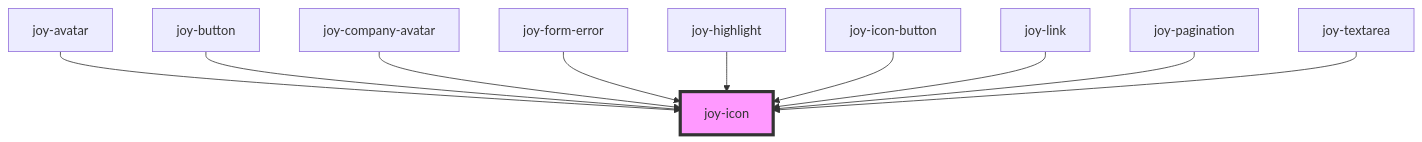
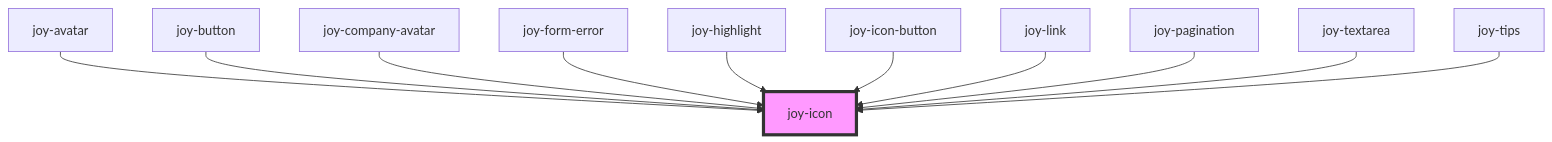
Before and after one commit to Maltcommunity/joy: the diagram in core/src/components/icon/readme.md, drawn with Mermaid. The commit also changed other lines of this file and 4 other files, not shown here.

````diff
--- a/core/src/components/icon/readme.md
+++ b/core/src/components/icon/readme.md
@@ -61,13 +62,14 @@
 ```mermaid
 graph TD;
   joy-avatar --> joy-icon
   joy-button --> joy-icon
   joy-company-avatar --> joy-icon
   joy-form-error --> joy-icon
   joy-highlight --> joy-icon
   joy-icon-button --> joy-icon
   joy-link --> joy-icon
   joy-pagination --> joy-icon
   joy-textarea --> joy-icon
+  joy-tips --> joy-icon
   style joy-icon fill:#f9f,stroke:#333,stroke-width:4px
 ```
````
